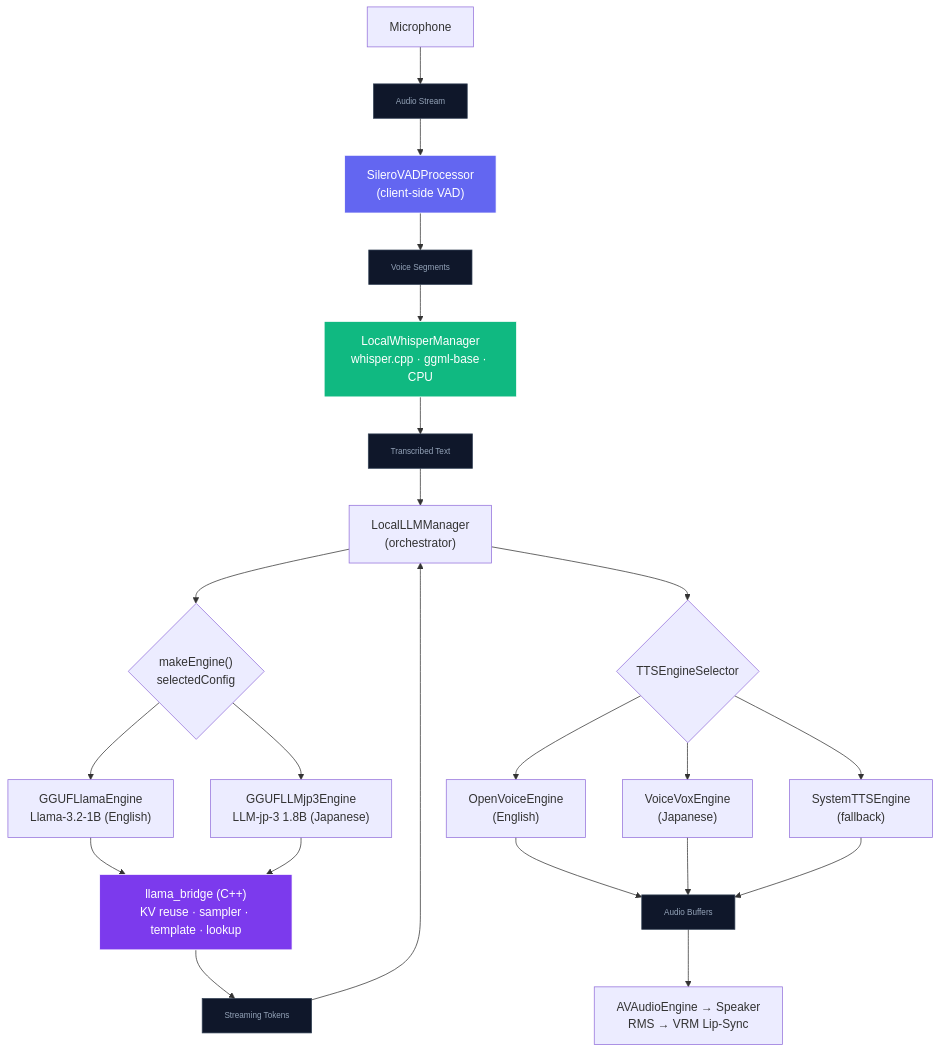
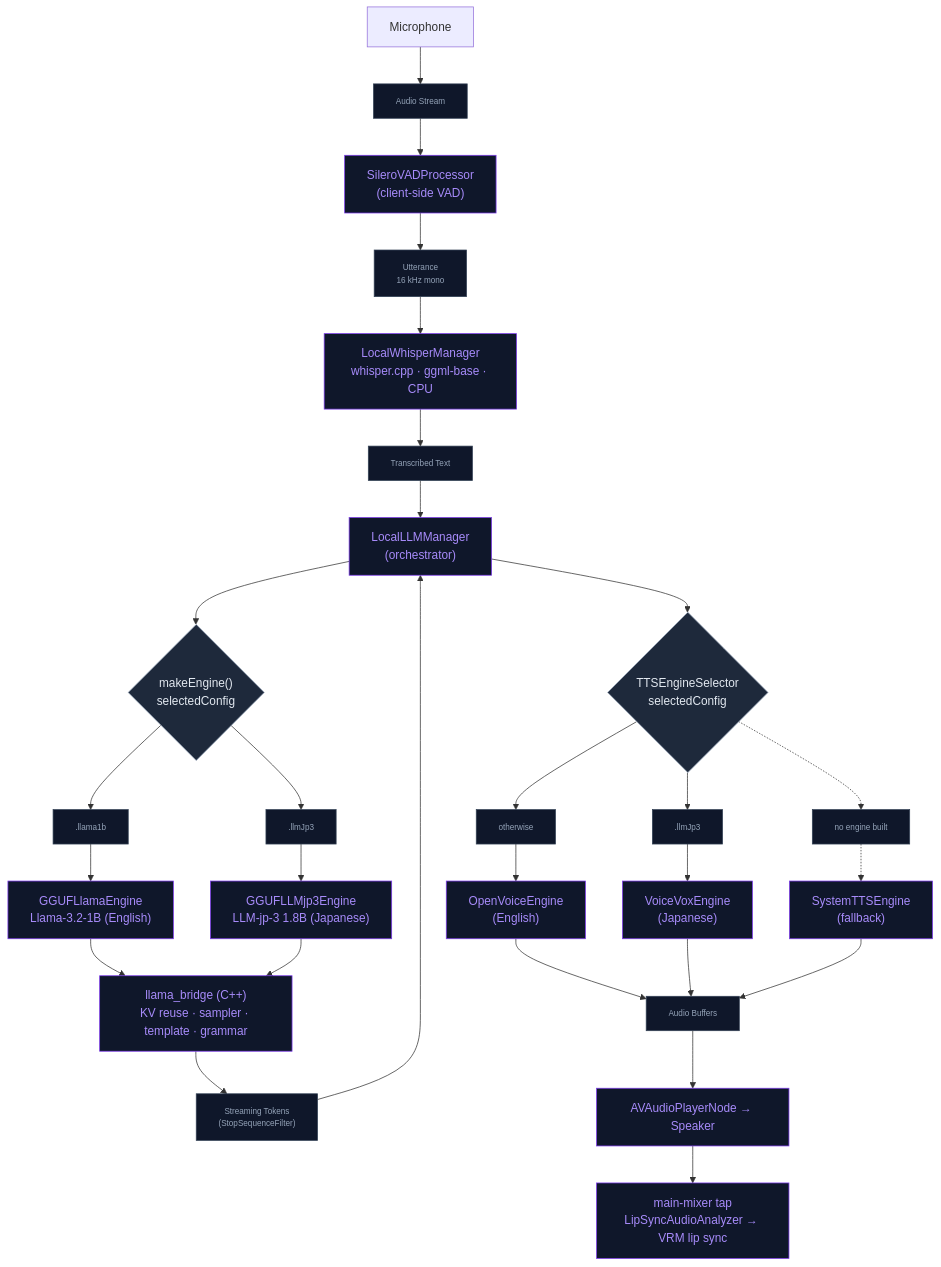
Before and after one commit to kevinliddel/NeuraLink: the diagram in docs/AI/Local_SLM_Model.md, drawn with Mermaid. The commit also changed other lines of this file and 21 other files, not shown here.

````diff
--- a/docs/AI/Local_SLM_Model.md
+++ b/docs/AI/Local_SLM_Model.md
@@ -52,37 +66,40 @@
 ```mermaid
 graph TD
     %% Input
     Mic["Microphone"] --> D1["Audio Stream"] --> VAD["SileroVADProcessor<br/>(client-side VAD)"]
-    VAD --> D2["Voice Segments"] --> Whisper["LocalWhisperManager<br/>whisper.cpp · ggml-base · CPU"]
+    VAD --> D2["Utterance<br/>16 kHz mono"] --> Whisper["LocalWhisperManager<br/>whisper.cpp · ggml-base · CPU"]
     Whisper --> D3["Transcribed Text"] --> Mgr["LocalLLMManager<br/>(orchestrator)"]
 
     %% Engine selection
     Mgr --> Engine{"makeEngine()<br/>selectedConfig"}
-    Engine --> Llama["GGUFLlamaEngine<br/>Llama-3.2-1B (English)"]
-    Engine --> JP["GGUFLLMjp3Engine<br/>LLM-jp-3 1.8B (Japanese)"]
+    Engine --> D6[".llama1b"] --> Llama["GGUFLlamaEngine<br/>Llama-3.2-1B (English)"]
+    Engine --> D7[".llmJp3"] --> JP["GGUFLLMjp3Engine<br/>LLM-jp-3 1.8B (Japanese)"]
 
     %% Inference bridge
-    Llama --> Bridge["llama_bridge (C++)<br/>KV reuse · sampler · template · lookup"]
+    Llama --> Bridge["llama_bridge (C++)<br/>KV reuse · sampler · template · grammar"]
     JP --> Bridge
-    Bridge --> D4["Streaming Tokens"] --> Mgr
+    Bridge --> D4["Streaming Tokens<br/>(StopSequenceFilter)"] --> Mgr
 
     %% TTS selection
-    Mgr --> TTSsel{"TTSEngineSelector"}
-    TTSsel --> OV["OpenVoiceEngine<br/>(English)"]
-    TTSsel --> VV["VoiceVoxEngine<br/>(Japanese)"]
-    TTSsel --> Sys["SystemTTSEngine<br/>(fallback)"]
+    Mgr --> TTSsel{"TTSEngineSelector<br/>selectedConfig"}
+    TTSsel --> D8["otherwise"] --> OV["OpenVoiceEngine<br/>(English)"]
+    TTSsel --> D9[".llmJp3"] --> VV["VoiceVoxEngine<br/>(Japanese)"]
+    TTSsel -.-> D10["no engine built"] -.-> Sys["SystemTTSEngine<br/>(fallback)"]
 
     %% Output
-    OV --> D5["Audio Buffers"] --> Audio["AVAudioEngine → Speaker<br/>RMS → VRM Lip-Sync"]
+    OV --> D5["Audio Buffers"] --> Audio["AVAudioPlayerNode → Speaker"]
     VV --> D5
     Sys --> D5
+    Audio --> Tap["main-mixer tap<br/>LipSyncAudioAnalyzer → VRM lip sync"]
 
-    %% Styles (core components)
-    style Bridge fill:#7c3aed,stroke:#ffffff,color:#ffffff
-    style Whisper fill:#10b981,stroke:#ffffff,color:#ffffff
-    style VAD fill:#6366f1,stroke:#ffffff,color:#ffffff
+    %% Styles
+    classDef core fill:#0f172a,stroke:#7c3aed,color:#a78bfa
+    classDef decision fill:#1e293b,stroke:#94a3b8,color:#e2e8f0
 
-    %% Data nodes (consistent with your other diagrams)
+    class VAD,Whisper,Mgr,Llama,JP,Bridge,OV,VV,Sys,Audio,Tap core
+    class Engine,TTSsel decision
+
+    %% Data nodes (consistent system-wide)
     classDef data fill:#0f172a,stroke:#334155,color:#94a3b8,font-size:11px
-    class D1,D2,D3,D4,D5 data
+    class D1,D2,D3,D4,D5,D6,D7,D8,D9,D10 data
 ```
````
